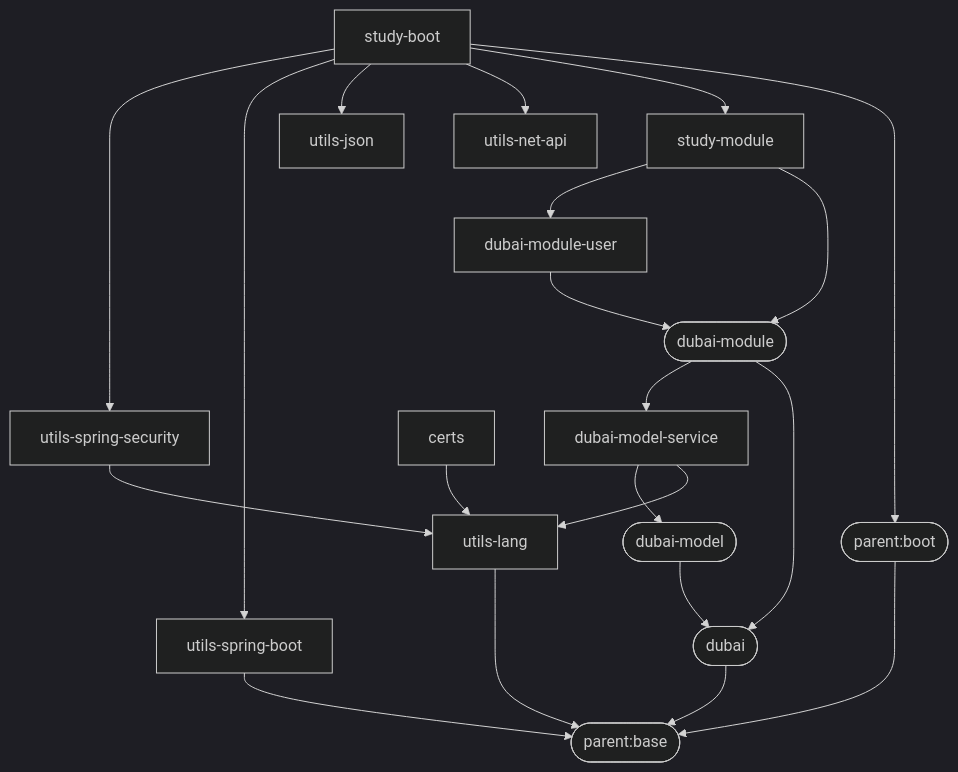
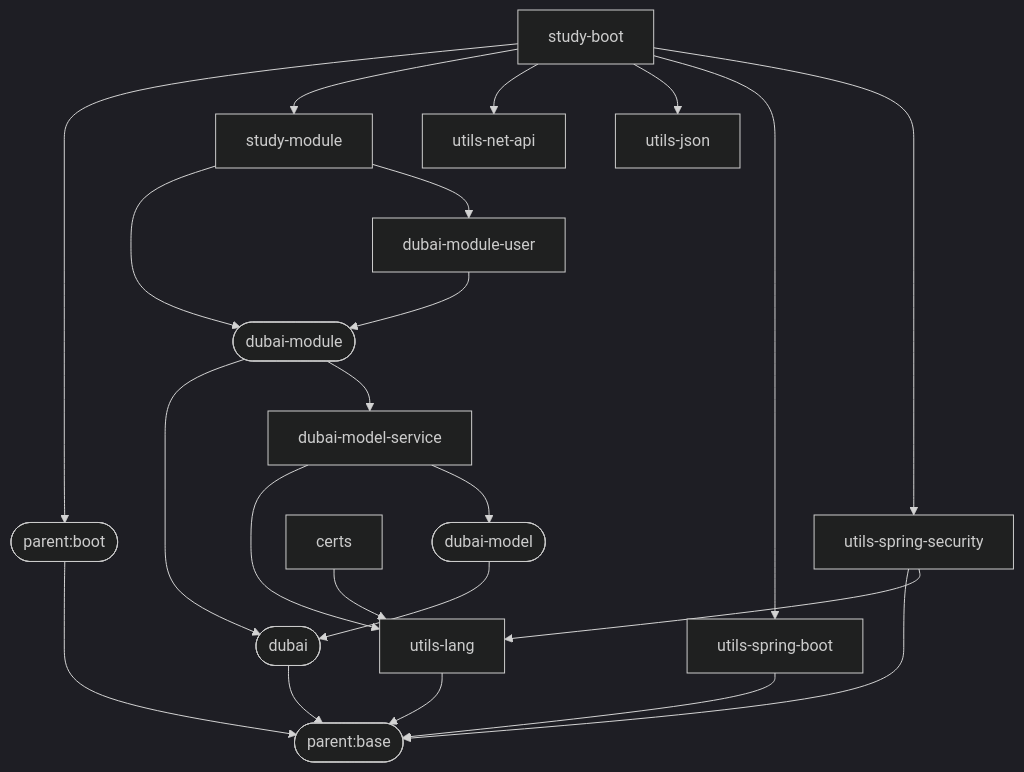
The diagram in README.md (dbstarll/dbstarll.github.io), drawn with Mermaid (dark theme) before and after one commit. The commit also changed other lines of this file, not shown here.

Commit message:
增加utils-spring-security

````diff
--- a/README.md
+++ b/README.md
@@ -13,31 +14,33 @@
 ```mermaid
 graph TD;
     parent.base([parent:base]);
     parent.boot([parent:boot])--->parent.base;
 
     utils-lang-->parent.base;
 
     utils-spring-boot-->parent.base;
+
+    utils-spring-security-->parent.base;
+    utils-spring-security-->utils-lang;
 
     dubai([dubai])-->parent.base;
     dubai-model([dubai-model])-->dubai;
     dubai-model-service-->utils-lang;
     dubai-model-service-->dubai-model;
     dubai-module([dubai-module])-->dubai;
     dubai-module-->dubai-model-service;
     
     dubai-module-user-->dubai-module;
 
     study-module-->dubai-module;
     study-module-->dubai-module-user;
 
     study-boot-->parent.boot;
     study-boot-->study-module;
     study-boot-->utils-net-api;
     study-boot-->utils-json;
     study-boot-->utils-spring-boot;
     study-boot-->utils-spring-security;
 
     certs-->utils-lang;
-    utils-spring-security-->utils-lang;
 ```
````
